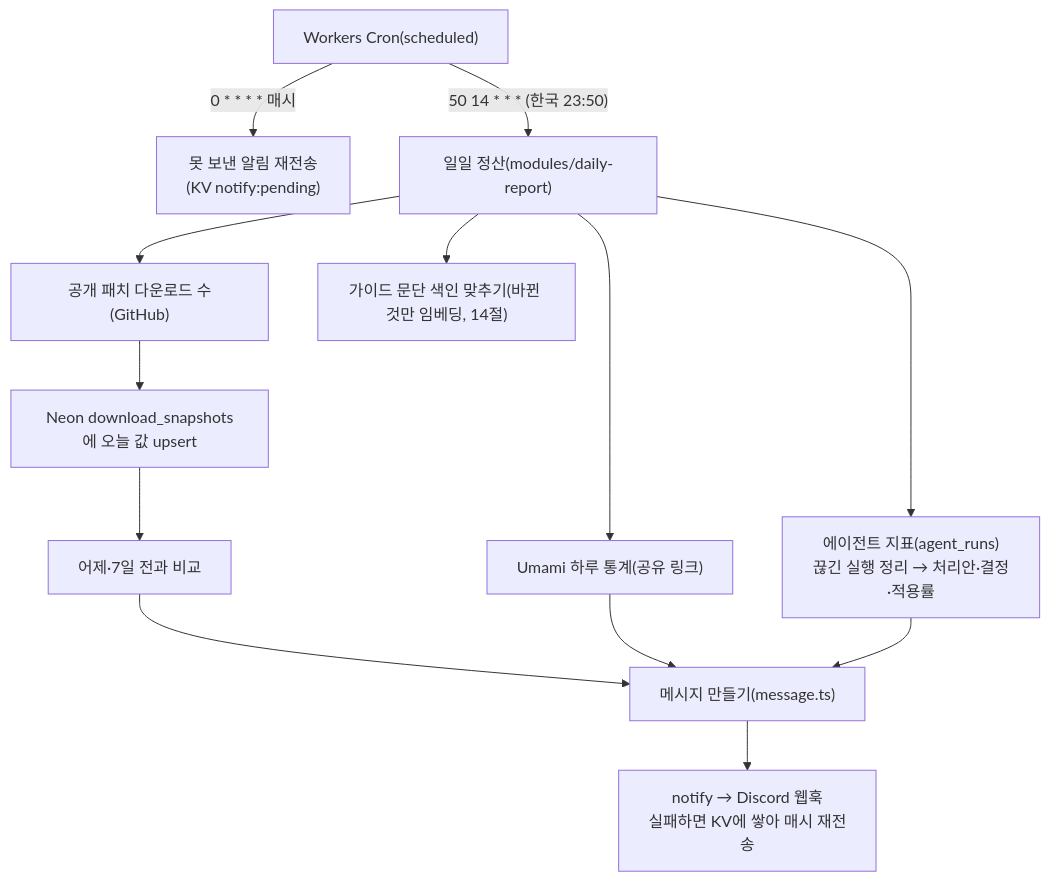
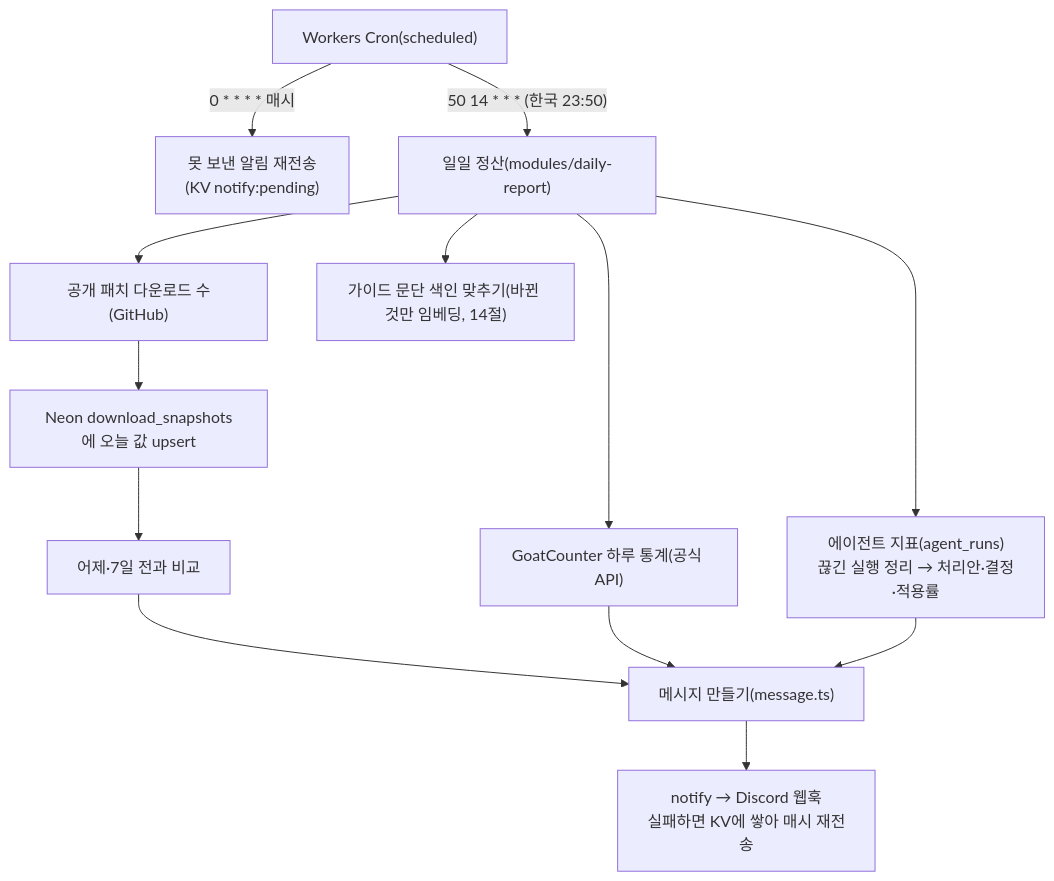
Before and after one commit to arqhive/arqhive-web: the seventh of 16 diagrams in app-flow.md, drawn with Mermaid. The commit also changed other lines of this file and 6 other files, not shown here.

````diff
--- a/app-flow.md
+++ b/app-flow.md
@@ -196,15 +196,15 @@
 ```mermaid
 flowchart TB
   cron["Workers Cron(scheduled)"] -->|"0 * * * * 매시"| retry["못 보낸 알림 재전송<br/>(KV notify:pending)"]
   cron -->|"50 14 * * * (한국 23:50)"| daily["일일 정산(modules/daily-report)"]
   daily --> dl["공개 패치 다운로드 수(GitHub)"]
   dl --> up["Neon download_snapshots에 오늘 값 upsert"]
   up --> cmp["어제·7일 전과 비교"]
-  daily --> um["Umami 하루 통계(공유 링크)"]
+  daily --> um["GoatCounter 하루 통계(공식 API)"]
   daily --> ag["에이전트 지표(agent_runs)<br/>끊긴 실행 정리 → 처리안·결정·적용률"]
   cmp --> msg["메시지 만들기(message.ts)"]
   um --> msg
   ag --> msg
   msg --> notify["notify → Discord 웹훅<br/>실패하면 KV에 쌓아 매시 재전송"]
   daily --> gi["가이드 문단 색인 맞추기(바뀐 것만 임베딩, 14절)"]
 ```
````
